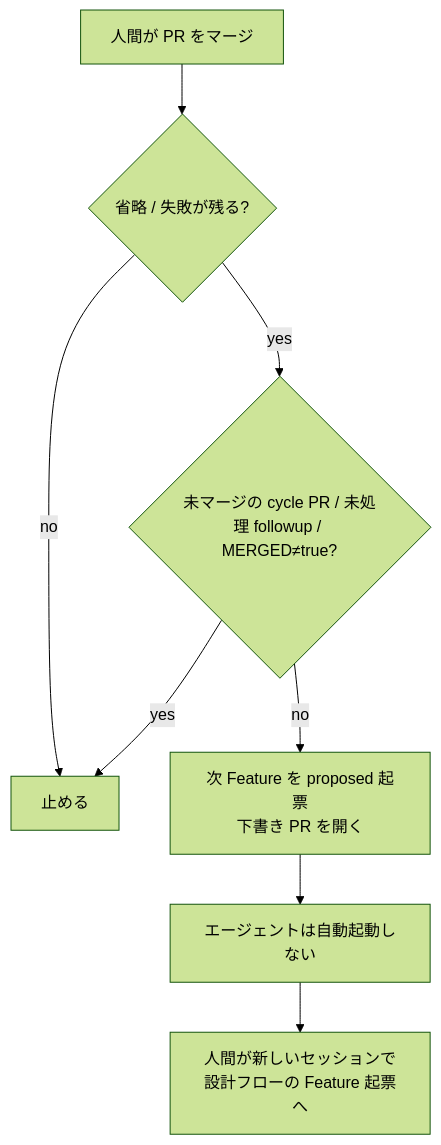
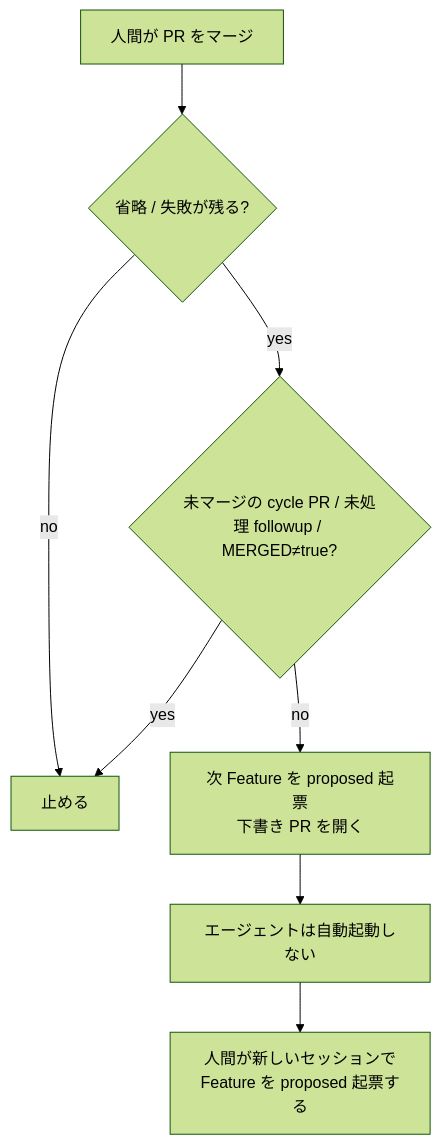
The third of 3 diagrams in README.md (marumo333/cursor-harness), drawn with Mermaid (forest theme) before and after one commit. The commit also changed other lines of this file, not shown here.

Commit message:
docs: README に起動・出生規則・図の条件を足す。

````diff
--- a/README.md
+++ b/README.md
@@ -57,10 +72,10 @@
 ```mermaid
 flowchart TD
   merge["人間が PR をマージ"] --> check{"省略 / 失敗が残る?"}
   check -->|no| stop["止める"]
   check -->|yes| guard{"未マージの cycle PR / 未処理 followup / MERGED≠true?"}
   guard -->|yes| stop
   guard -->|no| draft["次 Feature を proposed 起票<br/>下書き PR を開く"]
   draft --> wait["エージェントは自動起動しない"]
-  wait --> back["人間が新しいセッションで<br/>設計フローの Feature 起票へ"]
+  wait --> back["人間が新しいセッションで<br/>Feature を proposed 起票する"]
 ```
````
